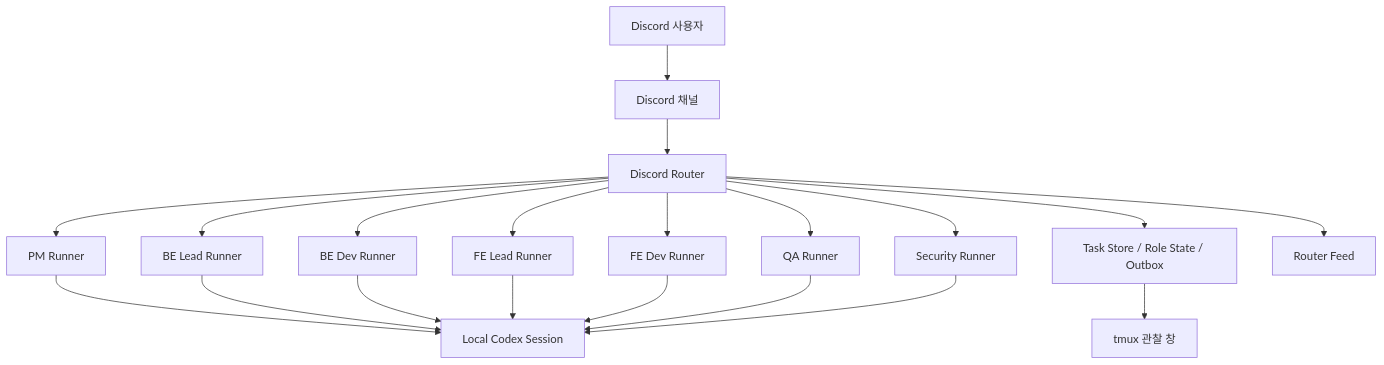
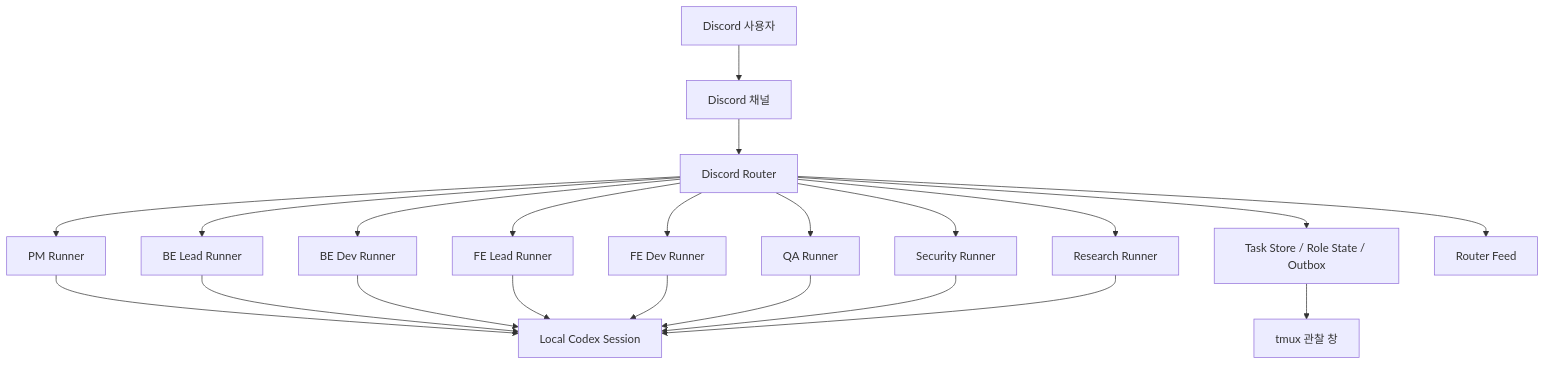
Before and after one commit to rktclgh/Codex_Discord_Agents: the diagram in README.md, drawn with Mermaid. The commit also changed other lines of this file and 6 other files, not shown here.

````diff
--- a/README.md
+++ b/README.md
@@ -52,24 +53,26 @@
 ```mermaid
 flowchart TD
     U["Discord 사용자"] --> D["Discord 채널"]
     D --> R["Discord Router"]
     R --> PM["PM Runner"]
     R --> BEL["BE Lead Runner"]
     R --> BED["BE Dev Runner"]
     R --> FEL["FE Lead Runner"]
     R --> FED["FE Dev Runner"]
     R --> QA["QA Runner"]
     R --> SEC["Security Runner"]
+    R --> RES["Research Runner"]
 
     PM --> C["Local Codex Session"]
     BEL --> C
     BED --> C
     FEL --> C
     FED --> C
     QA --> C
     SEC --> C
+    RES --> C
 
     R --> S["Task Store / Role State / Outbox"]
     S --> T["tmux 관찰 창"]
     R --> RF["Router Feed"]
 ```
````
